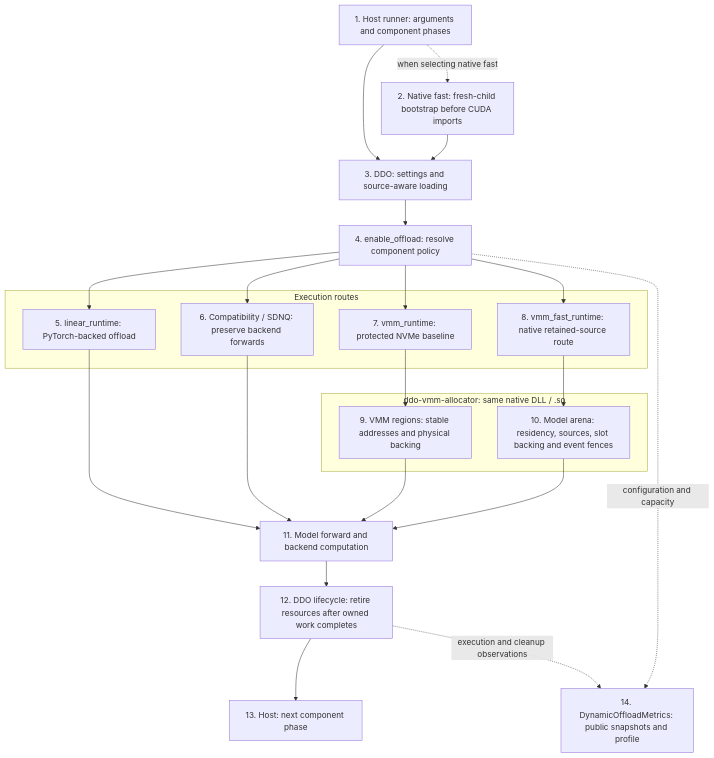
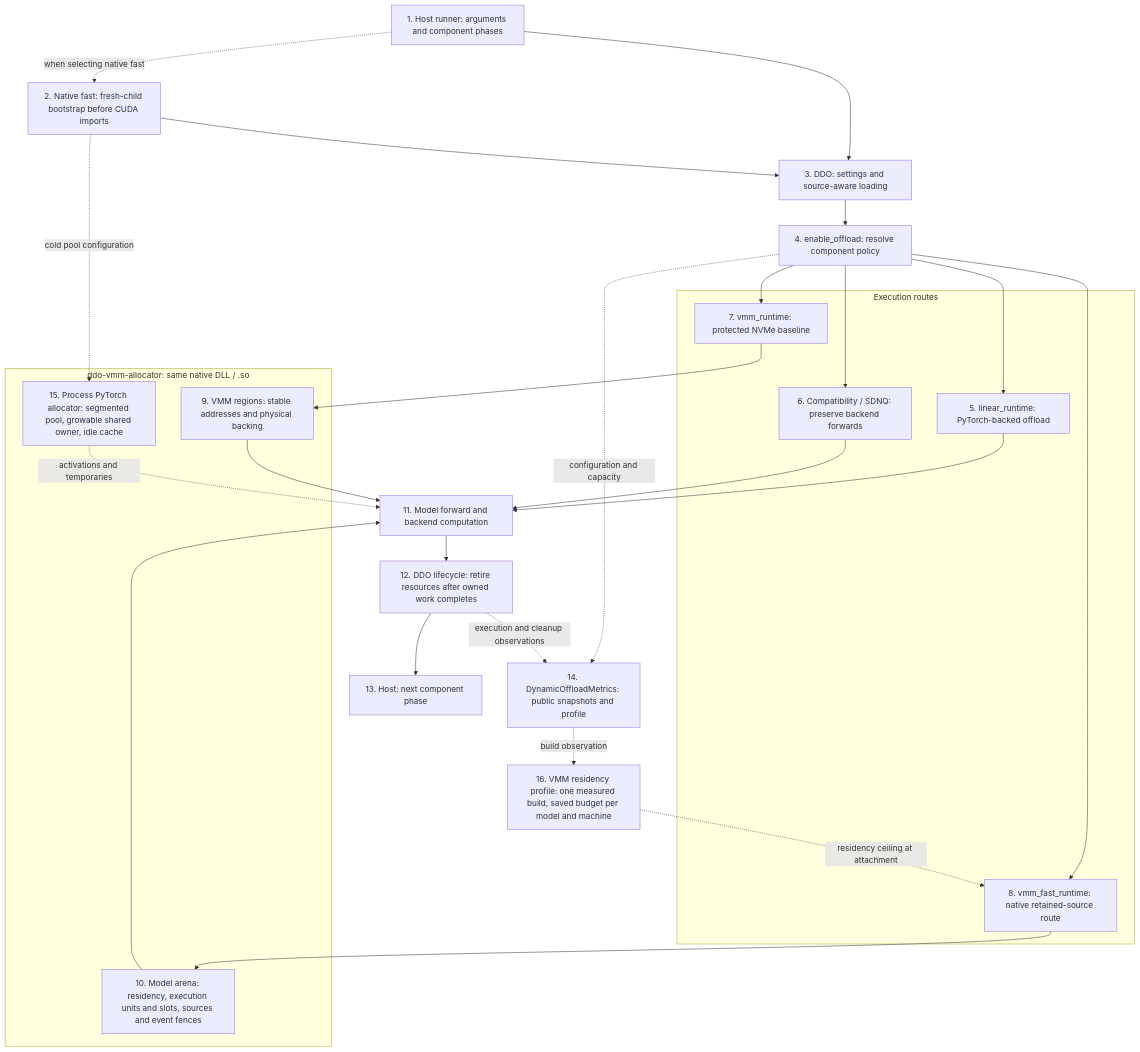
The first of 3 diagrams in docs/developer/architecture.md (DEVAIEXP/diffusers-dynamic-offloader), drawn with Mermaid before and after one commit. The commit also changed other lines of this file and 1 other file, not shown here.

First line of the commit message:
docs: show the allocator pool and residency profile in the diagrams

````diff
--- a/docs/developer/architecture.md
+++ b/docs/developer/architecture.md
@@ -5,40 +5,46 @@
 ```mermaid
 flowchart TB
     host["1. Host runner: arguments and component phases"]
     bootstrap["2. Native fast: fresh-child bootstrap before CUDA imports"]
     setup["3. DDO: settings and source-aware loading"]
     policy["4. enable_offload: resolve component policy"]
 
     host --> setup
     host -. "when selecting native fast" .-> bootstrap
     bootstrap --> setup
     setup --> policy
 
     subgraph routes["Execution routes"]
         linear["5. linear_runtime: PyTorch-backed offload"]
         backend["6. Compatibility / SDNQ: preserve backend forwards"]
         nvme["7. vmm_runtime: protected NVMe baseline"]
         fast["8. vmm_fast_runtime: native retained-source route"]
     end
 
     policy --> linear
     policy --> backend
     policy --> nvme
     policy --> fast
 
     subgraph allocator["ddo-vmm-allocator: same native DLL / .so"]
         regions["9. VMM regions: stable addresses and physical backing"]
-        arena["10. Model arena: residency, sources, slot backing and event fences"]
+        arena["10. Model arena: residency, execution units and slots, sources and event fences"]
+        pool["15. Process PyTorch allocator: segmented pool, growable shared owner, idle cache"]
     end
 
     nvme --> regions
     fast --> arena
+    bootstrap -. "cold pool configuration" .-> pool
+    profile["16. VMM residency profile: one measured build, saved budget per model and machine"]
+    profile -. "residency ceiling at attachment" .-> fast
     linear --> compute["11. Model forward and backend computation"]
     backend --> compute
     regions --> compute
     arena --> compute
+    pool -. "activations and temporaries" .-> compute
     compute --> retire["12. DDO lifecycle: retire resources after owned work completes"]
     retire --> next["13. Host: next component phase"]
     policy -. "configuration and capacity" .-> report["14. DynamicOffloadMetrics: public snapshots and profile"]
     retire -. "execution and cleanup observations" .-> report
+    report -. "build observation" .-> profile
 ```
````
